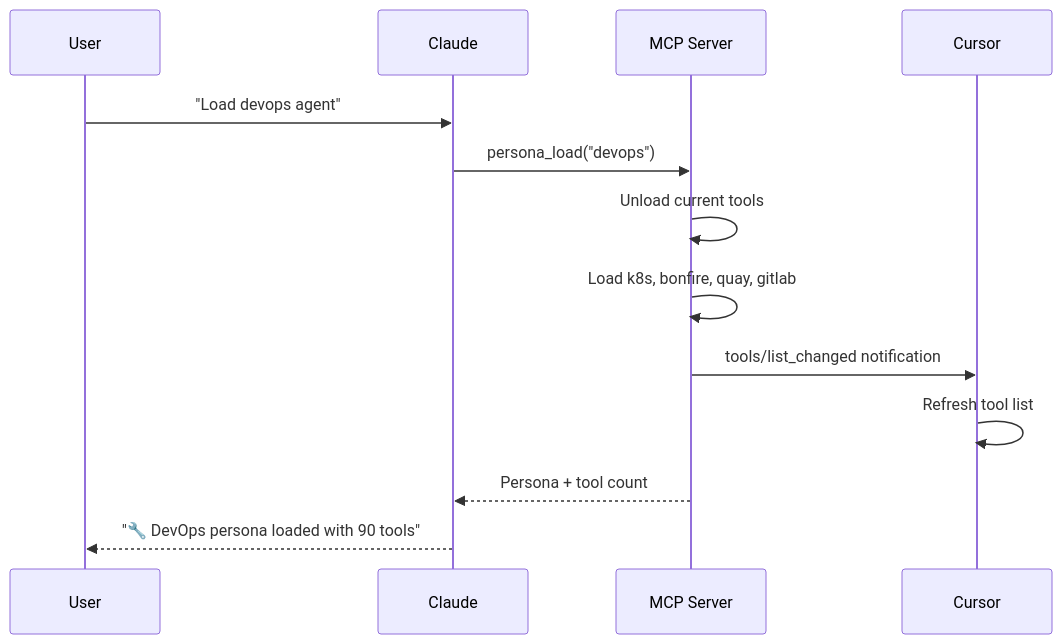
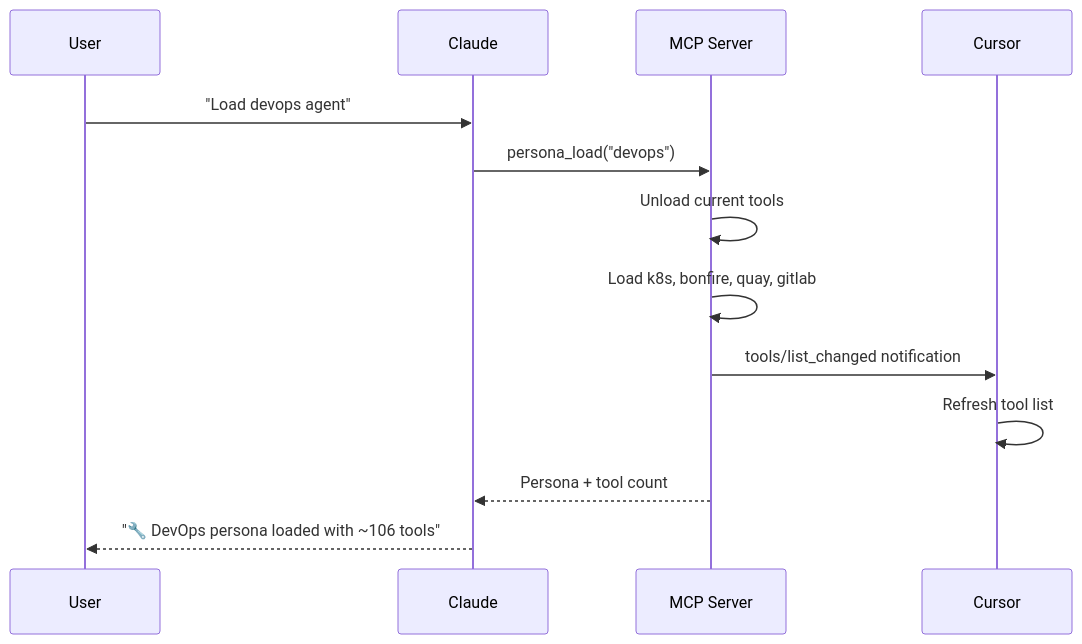
The first of 2 diagrams in docs/personas/README.md (dmzoneill/redhat-ai-workflow), drawn with Mermaid before and after one commit. The commit also changed other lines of this file and 49 other files, not shown here.

````diff
--- a/docs/personas/README.md
+++ b/docs/personas/README.md
@@ -20,16 +20,16 @@
 ```mermaid
 sequenceDiagram
     participant User
     participant Claude
     participant MCP as MCP Server
     participant Cursor
 
     User->>Claude: "Load devops agent"
     Claude->>MCP: persona_load("devops")
     MCP->>MCP: Unload current tools
     MCP->>MCP: Load k8s, bonfire, quay, gitlab
     MCP->>Cursor: tools/list_changed notification
     Cursor->>Cursor: Refresh tool list
     MCP-->>Claude: Persona + tool count
-    Claude-->>User: "🔧 DevOps persona loaded with 90 tools"
+    Claude-->>User: "🔧 DevOps persona loaded with ~106 tools"
 ```
````
